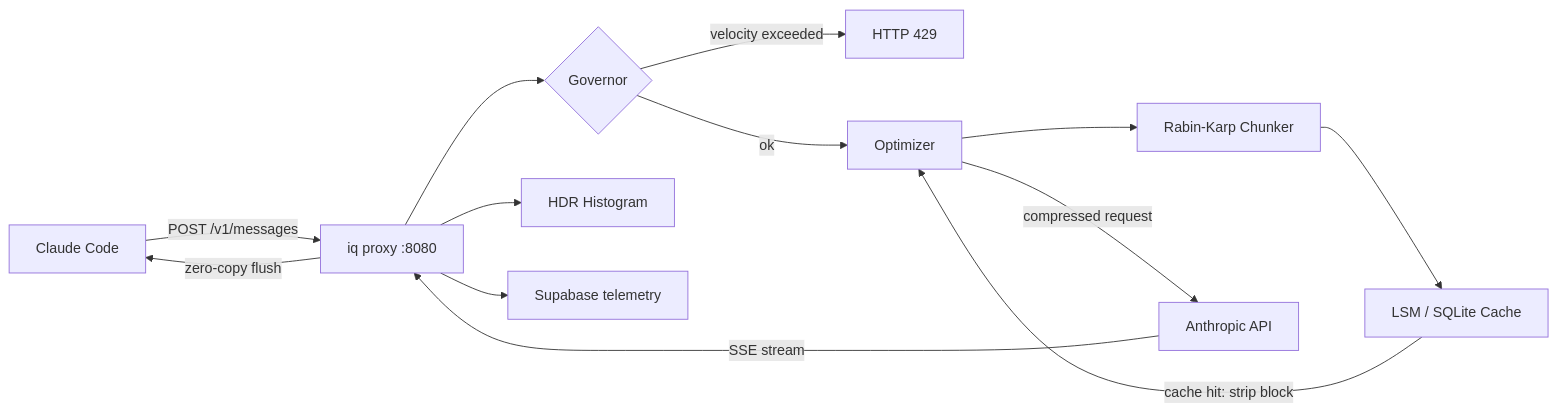
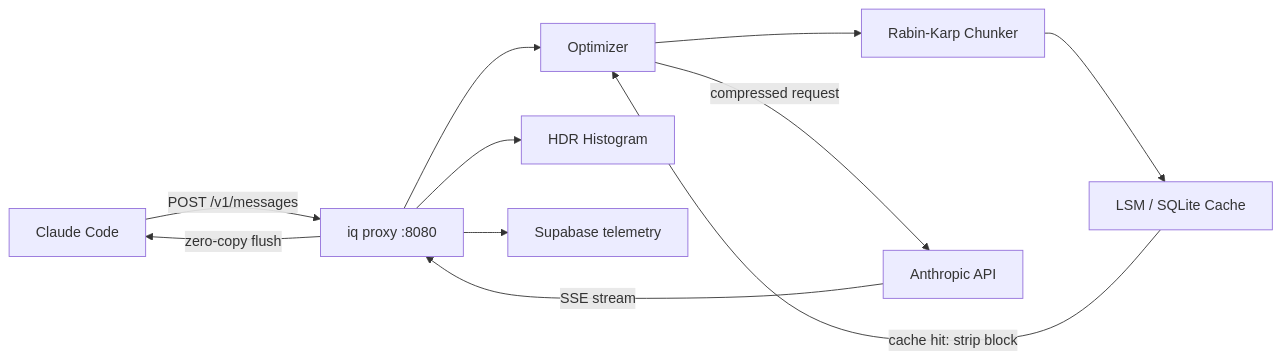
The diagram in README.md (Revanth14/indexqube), drawn with Mermaid before and after one commit. The commit also changed other lines of this file and 2 other files, not shown here.

````diff
--- a/README.md
+++ b/README.md
@@ -9,15 +9,13 @@
 ```mermaid
 graph LR
     A[Claude Code] -->|POST /v1/messages| B[iq proxy :8080]
-    B --> C{Governor}
-    C -->|velocity exceeded| D[HTTP 429]
-    C -->|ok| E[Optimizer]
-    E --> F[Rabin-Karp Chunker]
-    F --> G[LSM / SQLite Cache]
-    G -->|cache hit: strip block| E
-    E -->|compressed request| H[Anthropic API]
-    H -->|SSE stream| B
+    B --> C[Optimizer]
+    C --> D[Rabin-Karp Chunker]
+    D --> E[LSM / SQLite Cache]
+    E -->|cache hit: strip block| C
+    C -->|compressed request| F[Anthropic API]
+    F -->|SSE stream| B
     B -->|zero-copy flush| A
-    B --> I[HDR Histogram]
-    B --> J[Supabase telemetry]
+    B --> G[HDR Histogram]
+    B --> H[Supabase telemetry]
 ```
````
